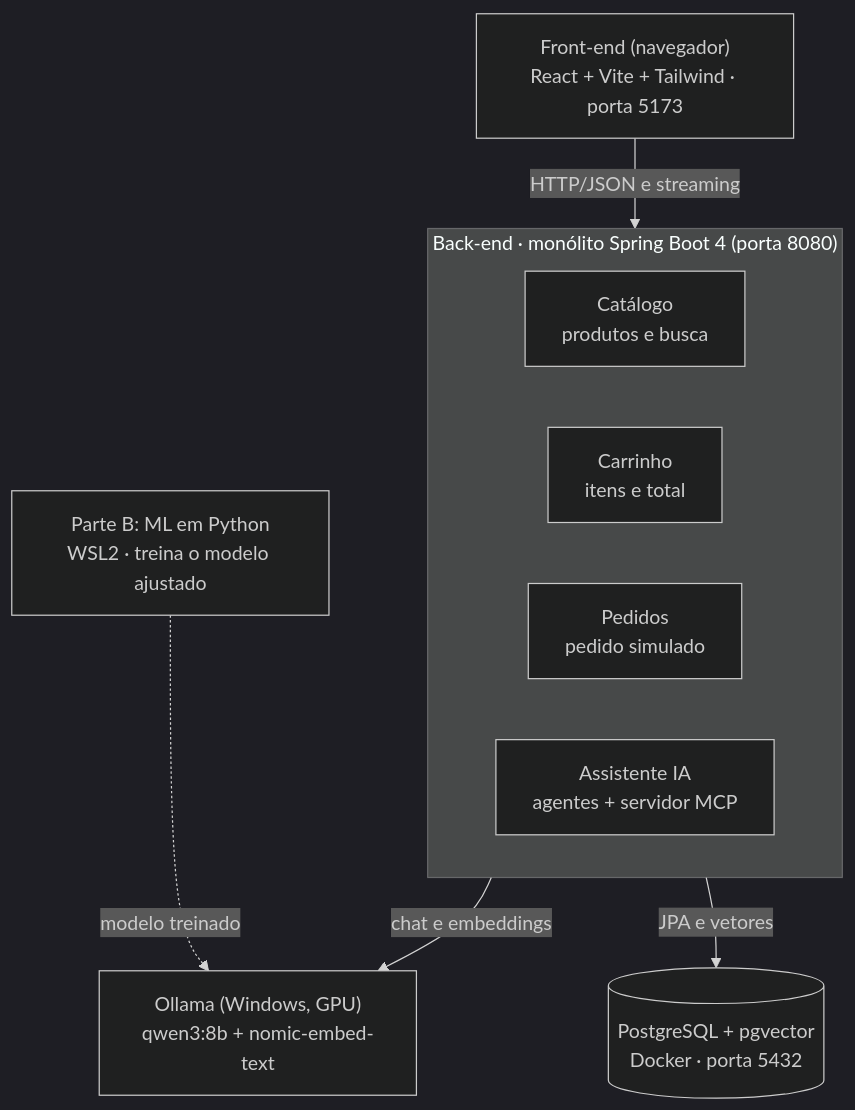
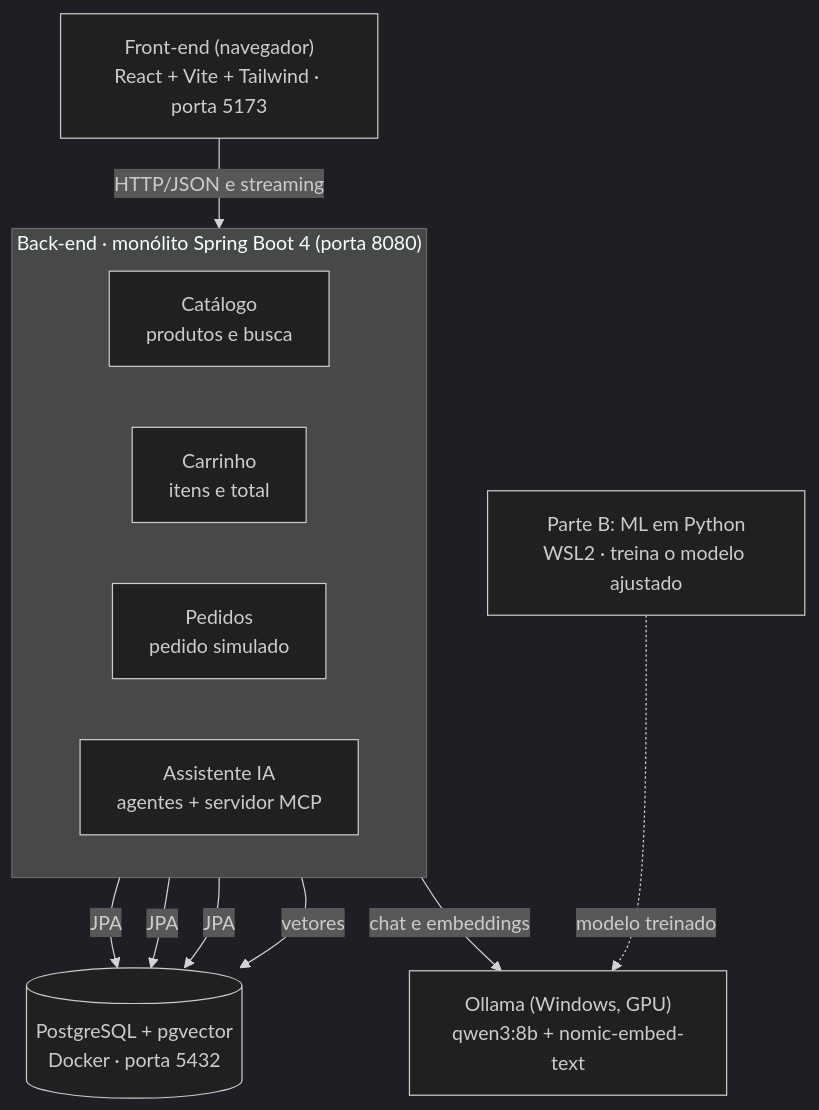
One commit to PauloBarboza93/aislesmart changed the diagram in docs/02-Arquitetura.md. Above: the diagram before and after it, drawn with Mermaid (dark theme). The commit also changed 1 other file, not shown here.

Commit message:
docs: improve architecture diagrams layout

````diff
--- a/docs/02-Arquitetura.md
+++ b/docs/02-Arquitetura.md
@@ -48,14 +48,16 @@
 ```mermaid
 flowchart TB
-    F["Front-end (navegador)<br/>React + Vite + Tailwind · porta 5173"] -->|HTTP/JSON e streaming| B
+    F["Front-end (navegador)<br/>React + Vite + Tailwind · porta 5173"]
     subgraph B["Back-end · monólito Spring Boot 4 (porta 8080)"]
         direction LR
         CAT["Catálogo<br/>produtos e busca"]
         CAR["Carrinho<br/>itens e total"]
         PED["Pedidos<br/>pedido simulado"]
         AS["Assistente IA<br/>agentes + servidor MCP"]
     end
-    B -->|JPA e vetores| DB[("PostgreSQL + pgvector<br/>Docker · porta 5432")]
+    F -->|HTTP/JSON e streaming| B
+    CAT & CAR & PED -->|JPA| DB[("PostgreSQL + pgvector<br/>Docker · porta 5432")]
+    AS -->|vetores| DB
     AS -->|chat e embeddings| OL["Ollama (Windows, GPU)<br/>qwen3:8b + nomic-embed-text"]
     ML["Parte B: ML em Python<br/>WSL2 · treina o modelo ajustado"] -.->|modelo treinado| OL
 ```
````
